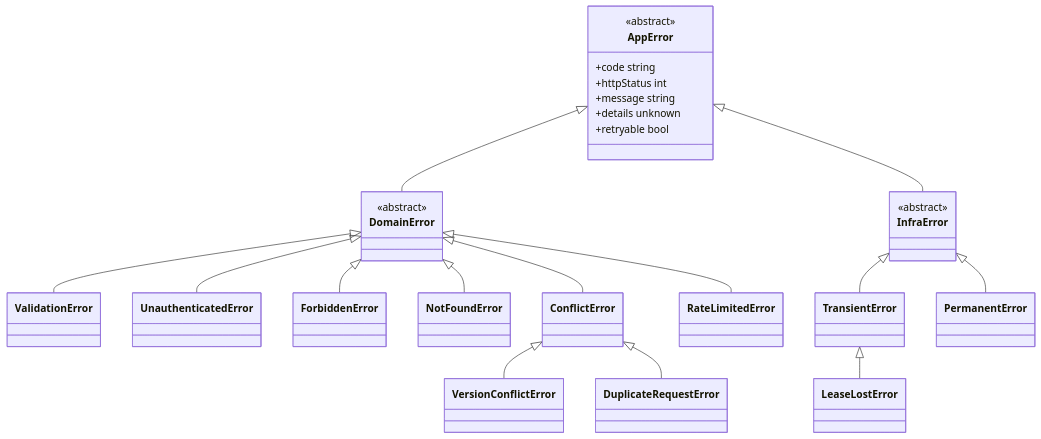
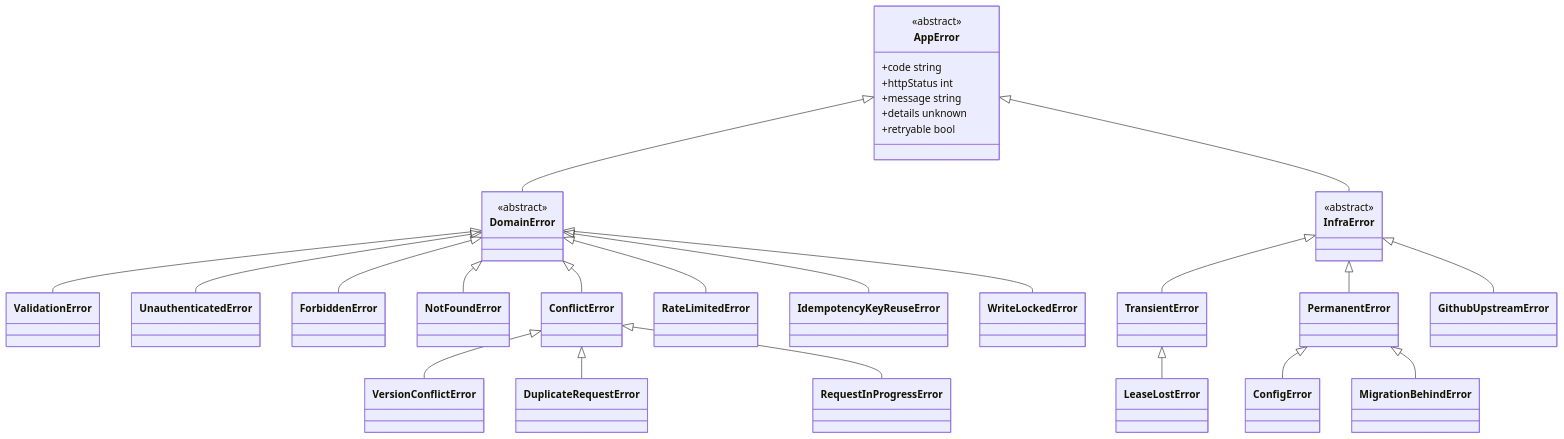
One commit to 1985jwlee/portpolio_backend changed the sixth of 9 diagrams in docs/design/00-system-overview.md. Above: the diagram before and after it, drawn with Mermaid. The commit also changed other lines of this file and 25 other files, not shown here.

````diff
--- a/docs/design/00-system-overview.md
+++ b/docs/design/00-system-overview.md
@@ -276,43 +277,56 @@
 ```mermaid
 classDiagram
     class AppError {
         <<abstract>>
         +code string
         +httpStatus int
         +message string
         +details unknown
         +retryable bool
     }
     class DomainError {
         <<abstract>>
     }
     class InfraError {
         <<abstract>>
     }
     AppError <|-- DomainError
     AppError <|-- InfraError
 
     class ValidationError
     class UnauthenticatedError
     class ForbiddenError
     class NotFoundError
     class ConflictError
     class VersionConflictError
     class RateLimitedError
     class DuplicateRequestError
     DomainError <|-- ValidationError
     DomainError <|-- UnauthenticatedError
     DomainError <|-- ForbiddenError
     DomainError <|-- NotFoundError
     DomainError <|-- ConflictError
     ConflictError <|-- VersionConflictError
     DomainError <|-- RateLimitedError
     ConflictError <|-- DuplicateRequestError
 
+    class RequestInProgressError
+    class IdempotencyKeyReuseError
+    class WriteLockedError
+    ConflictError <|-- RequestInProgressError
+    DomainError <|-- IdempotencyKeyReuseError
+    DomainError <|-- WriteLockedError
+
     class TransientError
     class PermanentError
     class LeaseLostError
+    class GithubUpstreamError
+    class ConfigError
+    class MigrationBehindError
     InfraError <|-- TransientError
     InfraError <|-- PermanentError
     TransientError <|-- LeaseLostError
+    InfraError <|-- GithubUpstreamError
+    PermanentError <|-- ConfigError
+    PermanentError <|-- MigrationBehindError
 ```
````
